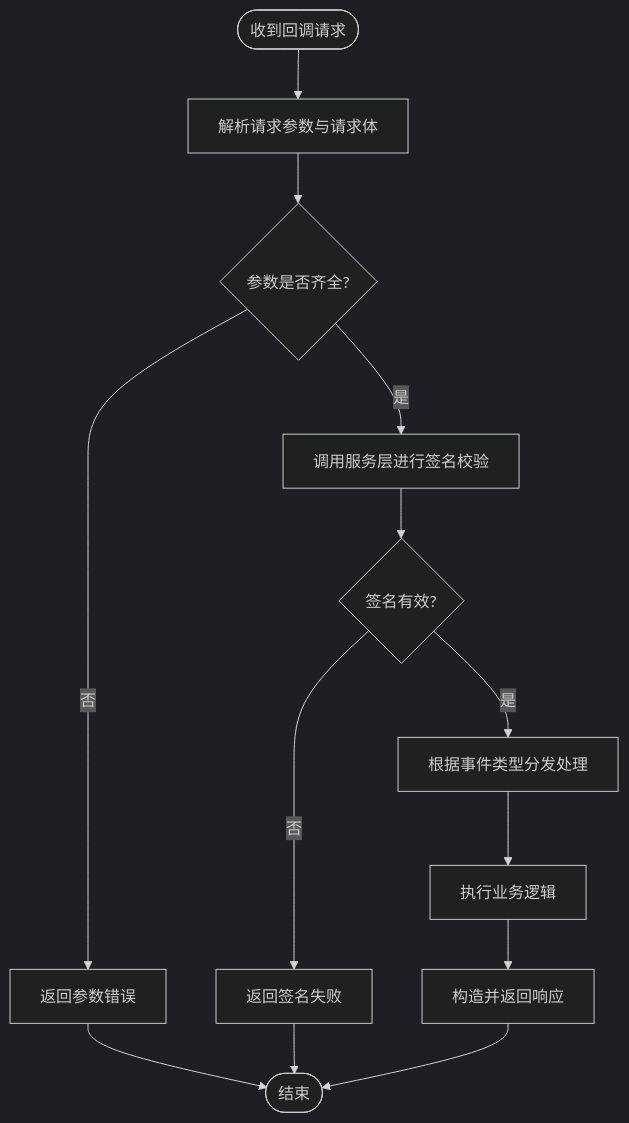
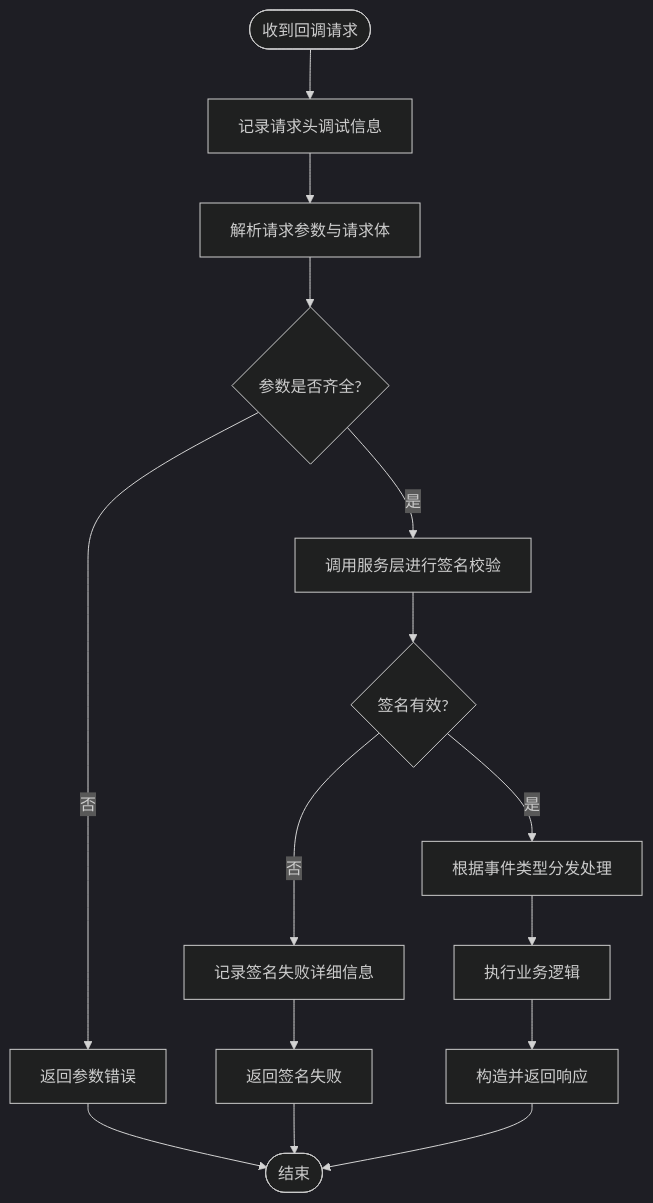
One commit to onebody/homework changed the third of 5 diagrams in .qoder/repowiki/zh/content/暑假作业打卡系统/后端服务架构/服务层架构/钉钉机器人集成.md. Above: the diagram before and after it, drawn with Mermaid (dark theme). The commit also changed other lines of this file and 18 other files, not shown here.

````diff
--- a/.qoder/repowiki/zh/content/暑假作业打卡系统/后端服务架构/服务层架构/钉钉机器人集成.md
+++ b/.qoder/repowiki/zh/content/暑假作业打卡系统/后端服务架构/服务层架构/钉钉机器人集成.md
@@ -112,15 +125,17 @@
 ```mermaid
 flowchart TD
-Start(["收到回调请求"]) --> Parse["解析请求参数与请求体"]
+Start(["收到回调请求"]) --> LogHeaders["记录请求头调试信息"]
+LogHeaders --> Parse["解析请求参数与请求体"]
 Parse --> Validate{"参数是否齐全?"}
 Validate --> |否| ErrParam["返回参数错误"]
 Validate --> |是| SignCheck["调用服务层进行签名校验"]
 SignCheck --> SignOK{"签名有效?"}
-SignOK --> |否| ErrSign["返回签名失败"]
+SignOK --> |否| LogError["记录签名失败详细信息"]
+LogError --> ErrSign["返回签名失败"]
 SignOK --> |是| Dispatch["根据事件类型分发处理"]
 Dispatch --> Handle["执行业务逻辑"]
 Handle --> Resp["构造并返回响应"]
 ErrParam --> End(["结束"])
 ErrSign --> End
 Resp --> End
 ```
````
